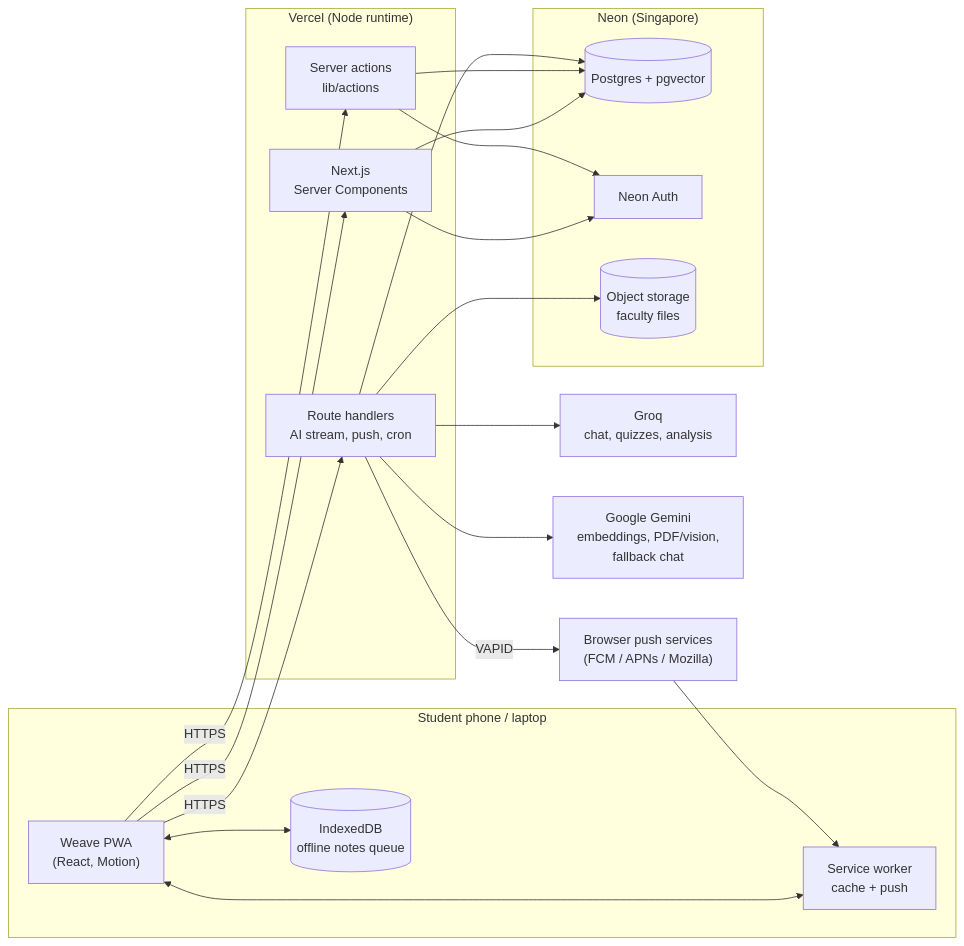
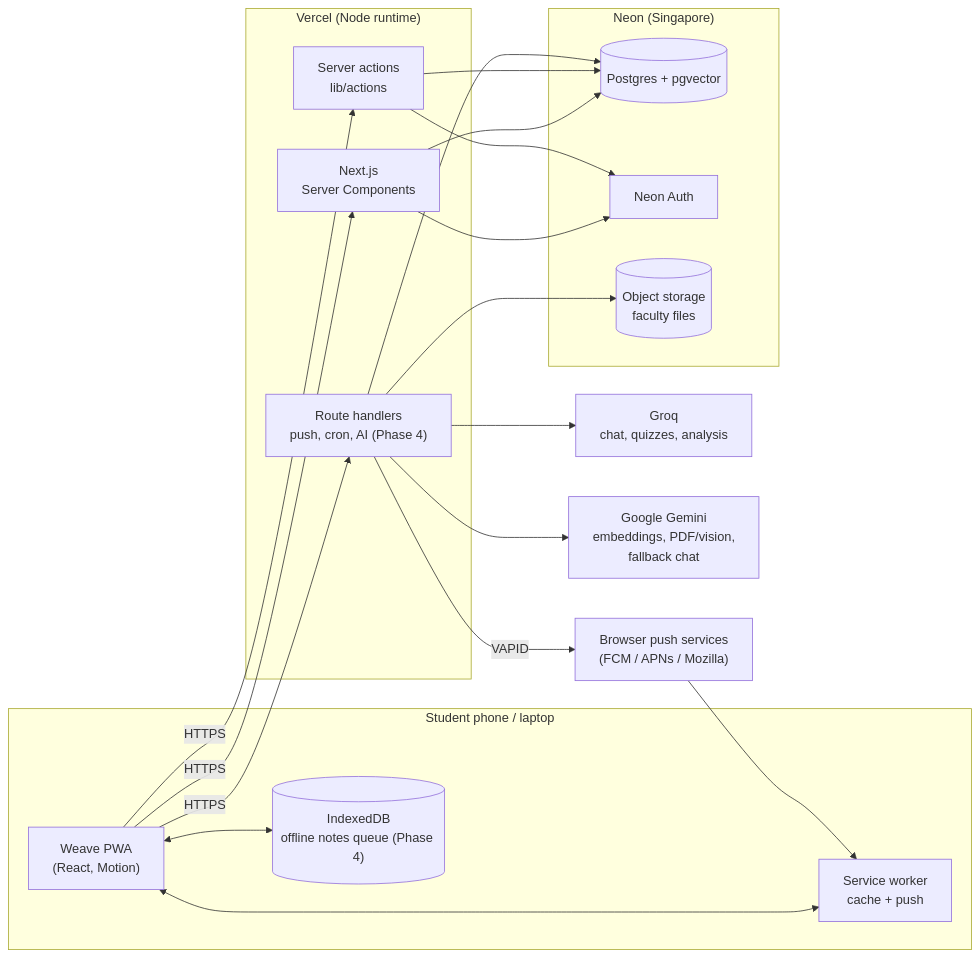
One commit to adarzhpathade/weave changed the diagram in docs/architecture.md. Above: the diagram before and after it, drawn with Mermaid. The commit also changed other lines of this file and 15 other files, not shown here.

````diff
--- a/docs/architecture.md
+++ b/docs/architecture.md
@@ -5,30 +5,30 @@
 ```mermaid
 flowchart LR
   subgraph Device["Student phone / laptop"]
     UI["Weave PWA<br/>(React, Motion)"]
     SW["Service worker<br/>cache + push"]
-    IDB[("IndexedDB<br/>offline notes queue")]
+    IDB[("IndexedDB<br/>offline notes queue (Phase 4)")]
   end
   subgraph Vercel["Vercel (Node runtime)"]
     RSC["Next.js<br/>Server Components"]
     SA["Server actions<br/>lib/actions"]
-    API["Route handlers<br/>AI stream, push, cron"]
+    API["Route handlers<br/>push, cron, AI (Phase 4)"]
   end
   subgraph Neon["Neon (Singapore)"]
     PG[("Postgres + pgvector")]
     AUTH["Neon Auth"]
     S3[("Object storage<br/>faculty files")]
   end
   GROQ["Groq<br/>chat, quizzes, analysis"]
   GEM["Google Gemini<br/>embeddings, PDF/vision,<br/>fallback chat"]
   PUSH["Browser push services<br/>(FCM / APNs / Mozilla)"]
 
   UI <--> SW
   UI <--> IDB
   UI -- HTTPS --> RSC & SA & API
   RSC & SA & API --> PG
   RSC & SA --> AUTH
   API --> S3
   API --> GROQ & GEM
   API -- VAPID --> PUSH --> SW
 ```
````
